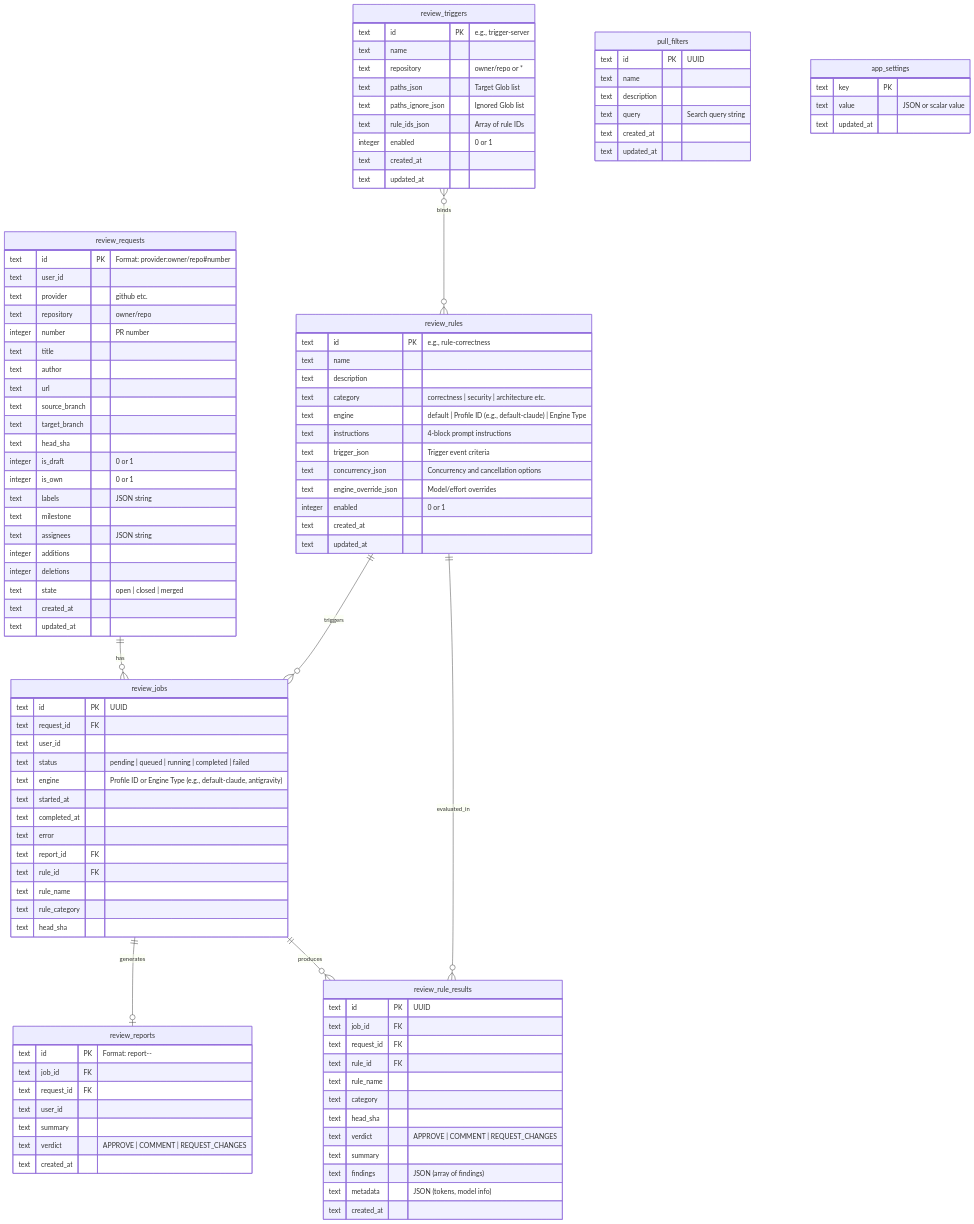
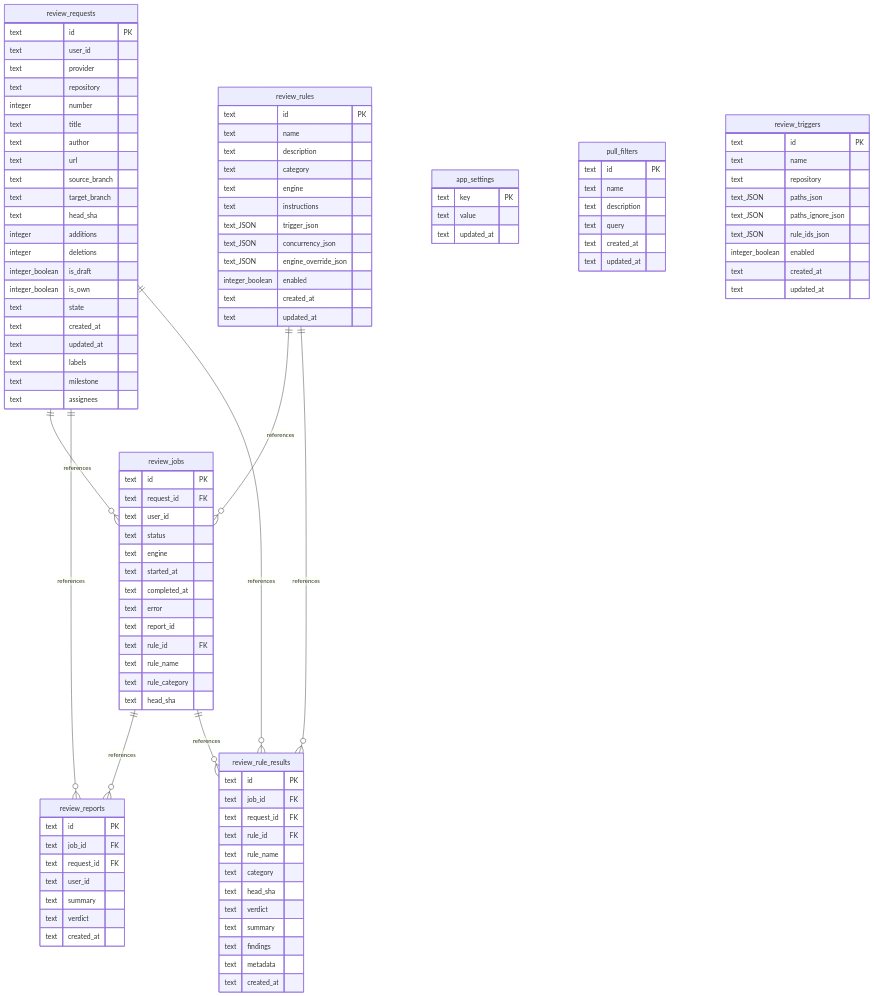
One commit to fuji44/kuramori changed the first of 3 diagrams in docs/data-model.md. Above: the diagram before and after it, drawn with Mermaid. The commit also changed other lines of this file and 5 other files, not shown here.

First line of the commit message:
feat(docs): automate database ERD and catalog generation from Drizzle schema (#2)

````diff
--- a/docs/data-model.md
+++ b/docs/data-model.md
@@ -9,46 +11,38 @@
 ```mermaid
 erDiagram
-    review_requests ||--o{ review_jobs : "has"
-    review_jobs ||--o| review_reports : "generates"
-    review_jobs ||--o{ review_rule_results : "produces"
-    review_rules ||--o{ review_jobs : "triggers"
-    review_rules ||--o{ review_rule_results : "evaluated_in"
-    review_triggers }o--o{ review_rules : "binds"
+    review_jobs ||--o{ review_reports : "references"
+    review_jobs ||--o{ review_rule_results : "references"
+    review_requests ||--o{ review_jobs : "references"
+    review_requests ||--o{ review_reports : "references"
+    review_requests ||--o{ review_rule_results : "references"
+    review_rules ||--o{ review_jobs : "references"
+    review_rules ||--o{ review_rule_results : "references"
 
-    review_requests {
-        text id PK "Format: provider:owner/repo#number"
-        text user_id
-        text provider "github etc."
-        text repository "owner/repo"
-        integer number "PR number"
-        text title
-        text author
-        text url
-        text source_branch
-        text target_branch
-        text head_sha
-        integer is_draft "0 or 1"
-        integer is_own "0 or 1"
-        text labels "JSON string"
-        text milestone
-        text assignees "JSON string"
-        integer additions
-        integer deletions
-        text state "open | closed | merged"
+    app_settings {
+        text key PK
+        text value
+        text updated_at
+    }
+
+    pull_filters {
+        text id PK
+        text name
+        text description
+        text query
         text created_at
         text updated_at
     }
 
     review_jobs {
-        text id PK "UUID"
+        text id PK
         text request_id FK
         text user_id
-        text status "pending | queued | running | completed | failed"
-        text engine "Profile ID or Engine Type (e.g., default-claude, antigravity)"
+        text status
+        text engine
         text started_at
         text completed_at
         text error
-        text report_id FK
+        text report_id
         text rule_id FK
         text rule_name
         text rule_category
@@ -56,69 +50,78 @@
     }
 
     review_reports {
-        text id PK "Format: report-<requestId>-<timestamp>"
+        text id PK
         text job_id FK
         text request_id FK
         text user_id
         text summary
-        text verdict "APPROVE | COMMENT | REQUEST_CHANGES"
+        text verdict
         text created_at
     }
 
-    review_rules {
-        text id PK "e.g., rule-correctness"
-        text name
-        text description
-        text category "correctness | security | architecture etc."
-        text engine "default | Profile ID (e.g., default-claude) | Engine Type"
-        text instructions "4-block prompt instructions"
-        text trigger_json "Trigger event criteria"
-        text concurrency_json "Concurrency and cancellation options"
-        text engine_override_json "Model/effort overrides"
-        integer enabled "0 or 1"
+    review_requests {
+        text id PK
+        text user_id
+        text provider
+        text repository
+        integer number
+        text title
+        text author
+        text url
+        text source_branch
+        text target_branch
+        text head_sha
+        integer additions
+        integer deletions
+        integer_boolean is_draft
+        integer_boolean is_own
+        text state
         text created_at
         text updated_at
-    }
-
-    review_triggers {
-        text id PK "e.g., trigger-server"
-        text name
-        text repository "owner/repo or *"
-        text paths_json "Target Glob list"
-        text paths_ignore_json "Ignored Glob list"
-        text rule_ids_json "Array of rule IDs"
-        integer enabled "0 or 1"
-        text created_at
-        text updated_at
+        text labels
+        text milestone
+        text assignees
     }
 
     review_rule_results {
-        text id PK "UUID"
+        text id PK
         text job_id FK
         text request_id FK
         text rule_id FK
         text rule_name
         text category
         text head_sha
-        text verdict "APPROVE | COMMENT | REQUEST_CHANGES"
+        text verdict
         text summary
-        text findings "JSON (array of findings)"
-        text metadata "JSON (tokens, model info)"
+        text findings
+        text metadata
         text created_at
     }
 
-    pull_filters {
-        text id PK "UUID"
+    review_rules {
+        text id PK
         text name
         text description
-        text query "Search query string"
+        text category
+        text engine
+        text instructions
+        text_JSON trigger_json
+        text_JSON concurrency_json
+        text_JSON engine_override_json
+        integer_boolean enabled
         text created_at
         text updated_at
     }
 
-    app_settings {
-        text key PK
-        text value "JSON or scalar value"
+    review_triggers {
+        text id PK
+        text name
+        text repository
+        text_JSON paths_json
+        text_JSON paths_ignore_json
+        text_JSON rule_ids_json
+        integer_boolean enabled
+        text created_at
         text updated_at
     }
 ```
````
